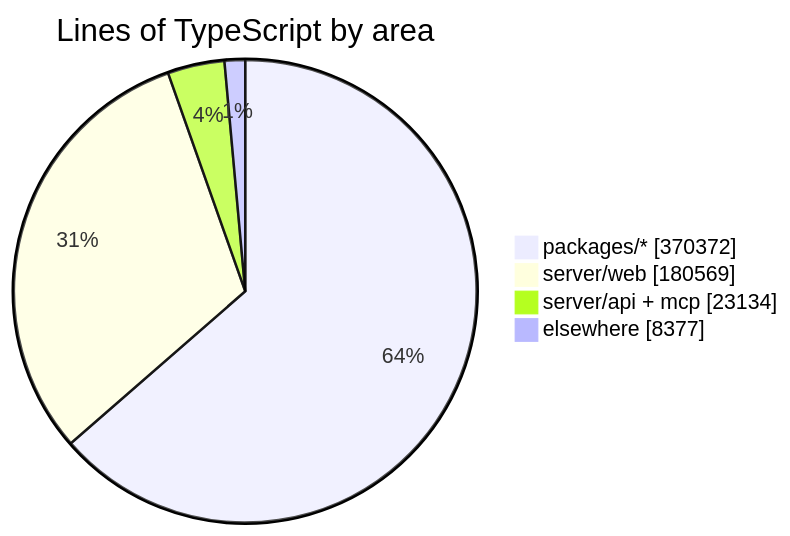
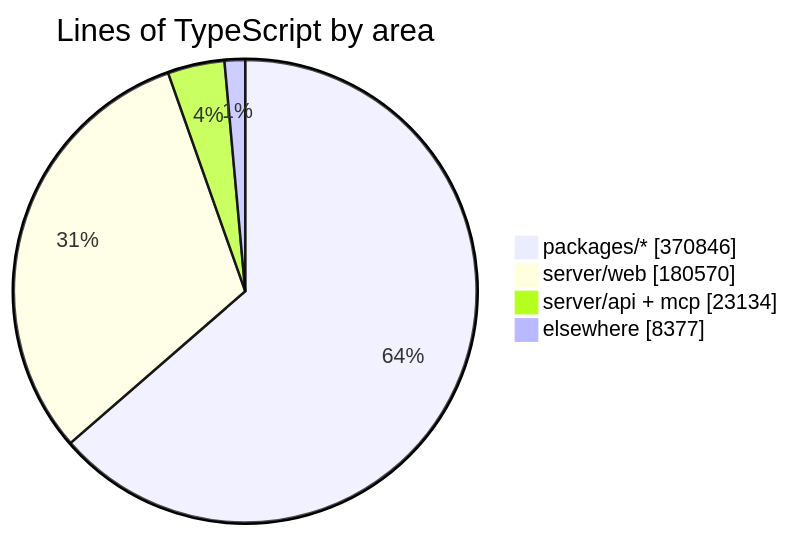
Before and after one commit to crossworks-engineering/mantle: the diagram in README.md, drawn with Mermaid. The commit also changed other lines of this file and 2 other files, not shown here.

````diff
--- a/README.md
+++ b/README.md
@@ -294,7 +294,7 @@
 ```mermaid
 pie showData title Lines of TypeScript by area
-    "packages/*" : 370372
-    "server/web" : 180569
+    "packages/*" : 370846
+    "server/web" : 180570
     "server/api + mcp" : 23134
     "elsewhere" : 8377
 ```
````
